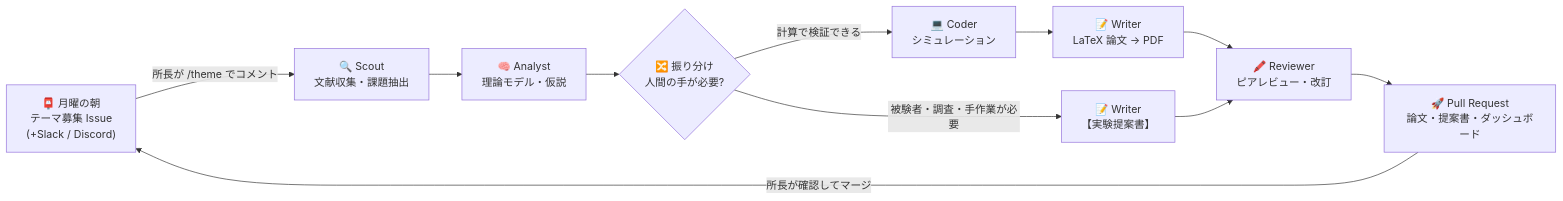
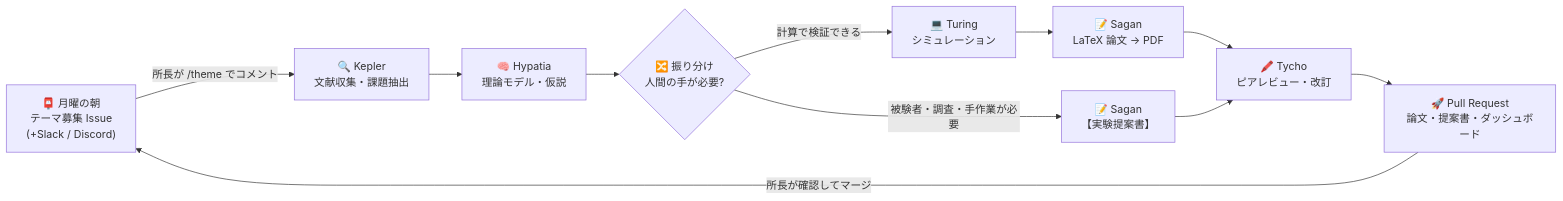
One commit to buchendschmerz/medusa-lab changed the diagram in README.md. Above: the diagram before and after it, drawn with Mermaid. The commit also changed other lines of this file and 17 other files, not shown here.

````diff
--- a/README.md
+++ b/README.md
@@ -79,13 +79,13 @@
 ```mermaid
 flowchart LR
-    A["📮 月曜の朝<br>テーマ募集 Issue<br>(+Slack / Discord)"] -->|"所長が /theme でコメント"| B["🔍 Scout<br>文献収集・課題抽出"]
-    B --> C["🧠 Analyst<br>理論モデル・仮説"]
+    A["📮 月曜の朝<br>テーマ募集 Issue<br>(+Slack / Discord)"] -->|"所長が /theme でコメント"| B["🔍 Kepler<br>文献収集・課題抽出"]
+    B --> C["🧠 Hypatia<br>理論モデル・仮説"]
     C --> R{"🔀 振り分け<br>人間の手が必要?"}
-    R -->|"計算で検証できる"| D["💻 Coder<br>シミュレーション"]
-    D --> E["📝 Writer<br>LaTeX 論文 → PDF"]
-    R -->|"被験者・調査・手作業が必要"| F["📝 Writer<br>【実験提案書】"]
-    E --> G["🖍️ Reviewer<br>ピアレビュー・改訂"]
+    R -->|"計算で検証できる"| D["💻 Turing<br>シミュレーション"]
+    D --> E["📝 Sagan<br>LaTeX 論文 → PDF"]
+    R -->|"被験者・調査・手作業が必要"| F["📝 Sagan<br>【実験提案書】"]
+    E --> G["🖍️ Tycho<br>ピアレビュー・改訂"]
     F --> G
     G --> H["🚀 Pull Request<br>論文・提案書・ダッシュボード"]
     H -->|"所長が確認してマージ"| A
 ```
````
